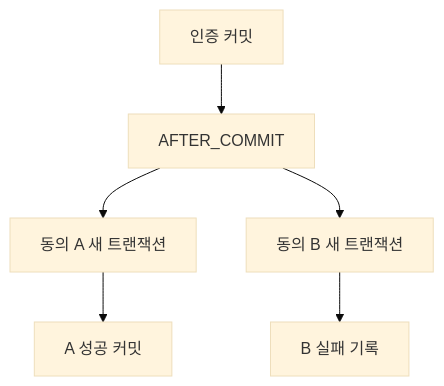
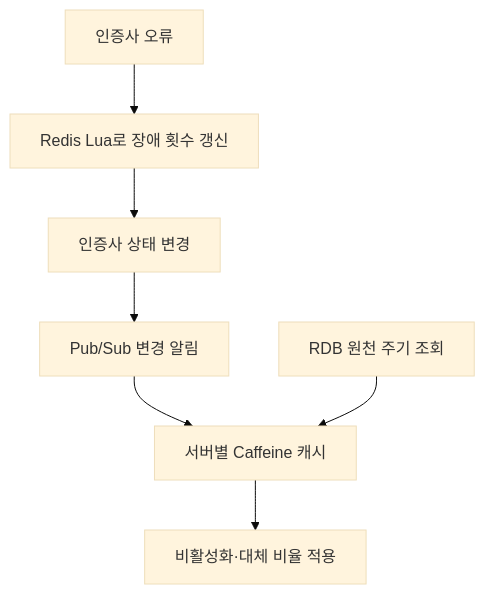
Before and after one commit to rojae/rojae.github.io: the second of 2 diagrams in _posts/2026-10-17-backend-design-decisions-and-operational-boundaries.md, drawn with Mermaid (base theme). The commit also changed other lines of this file and 1 other file, not shown here.

````diff
--- a/_posts/2026-10-17-backend-design-decisions-and-operational-boundaries.md
+++ b/_posts/2026-10-17-backend-design-decisions-and-operational-boundaries.md
@@ -50,8 +106,9 @@
 ```mermaid
 flowchart TB
-    A[인증 커밋] --> B[AFTER_COMMIT]
-    B --> C[동의 A 새 트랜잭션]
-    B --> D[동의 B 새 트랜잭션]
-    C --> E[A 성공 커밋]
-    D --> F[B 실패 기록]
+    A[인증사 오류] --> B[Redis Lua로 장애 횟수 갱신]
+    B --> C[인증사 상태 변경]
+    C --> D[Pub/Sub 변경 알림]
+    D --> E[서버별 Caffeine 캐시]
+    F[RDB 원천 주기 조회] --> E
+    E --> G[비활성화·대체 비율 적용]
 ```
````
